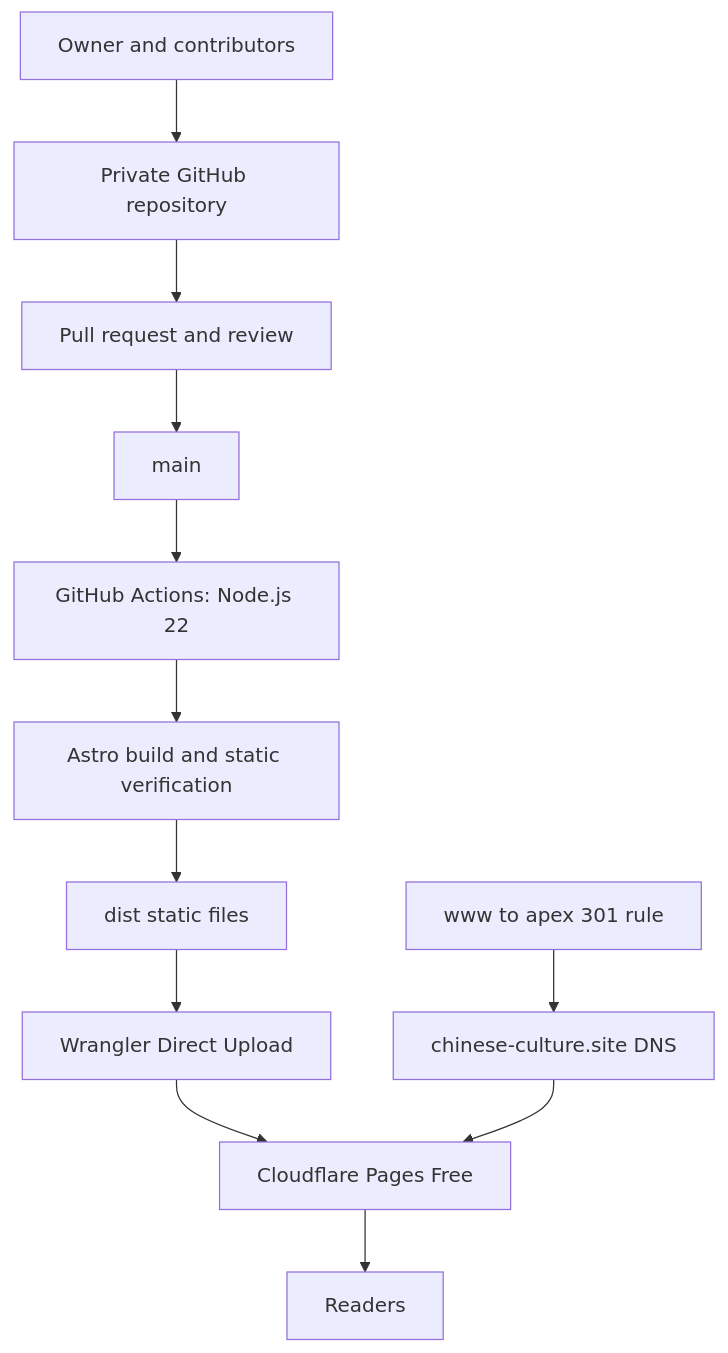
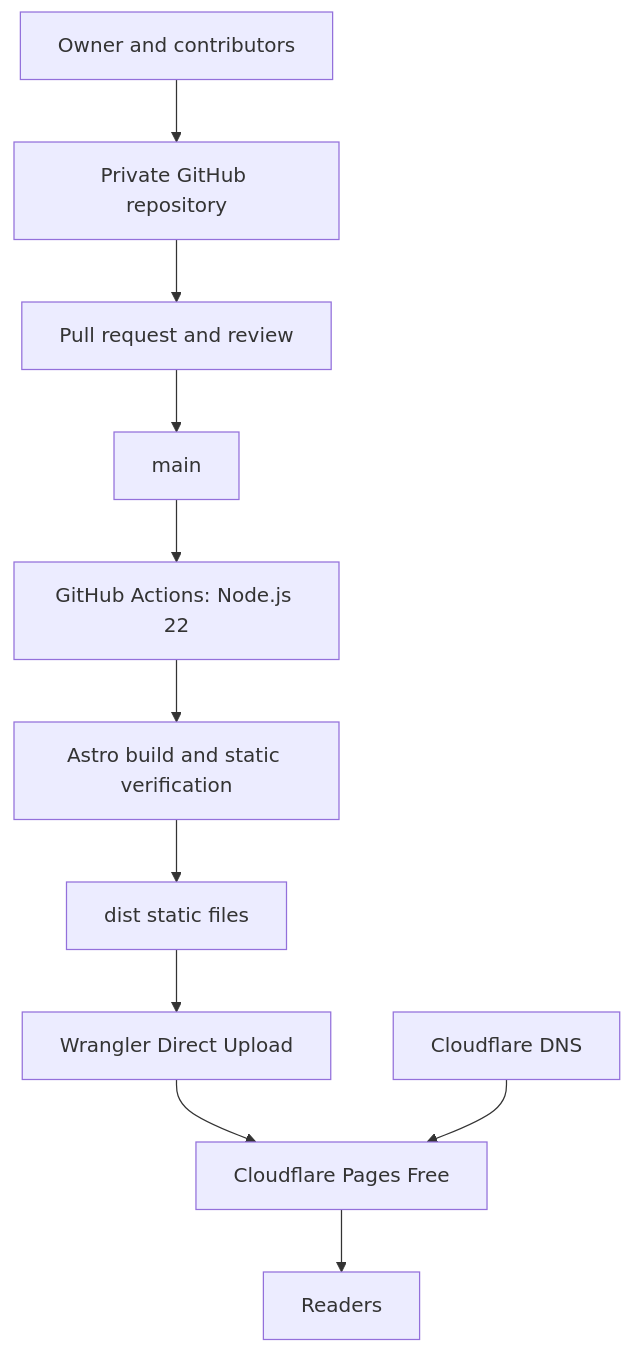
Before and after one commit to JohnZhang-DataForge/chinese-culture: the diagram in docs/architecture/system-overview.md, drawn with Mermaid. The commit also changed other lines of this file and 26 other files, not shown here.

Commit message:
docs: align guidance with shared architecture proposal and live domain state

```diff
--- a/docs/architecture/system-overview.md
+++ b/docs/architecture/system-overview.md
@@ -10,14 +11,13 @@
 ~~~mermaid
 flowchart TD
   A[Owner and contributors] --> B[Private GitHub repository]
   B --> C[Pull request and review]
   C --> D[main]
   D --> E[GitHub Actions: Node.js 22]
   E --> F[Astro build and static verification]
   F --> G[dist static files]
   G --> H[Wrangler Direct Upload]
   H --> I[Cloudflare Pages Free]
   I --> J[Readers]
-  K[chinese-culture.site DNS] --> I
-  L[www to apex 301 rule] --> K
+  K[Cloudflare DNS] --> I
 ~~~
```
